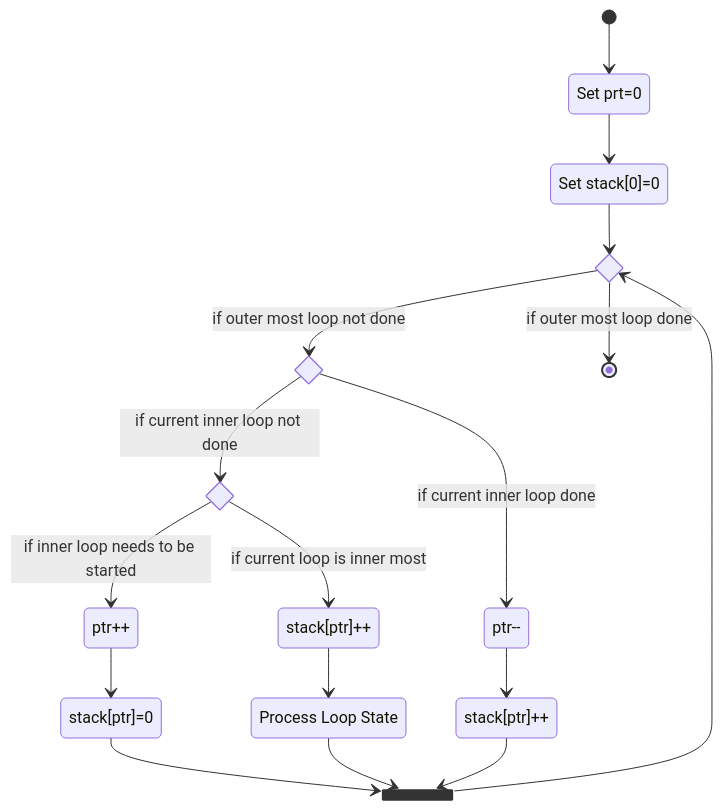
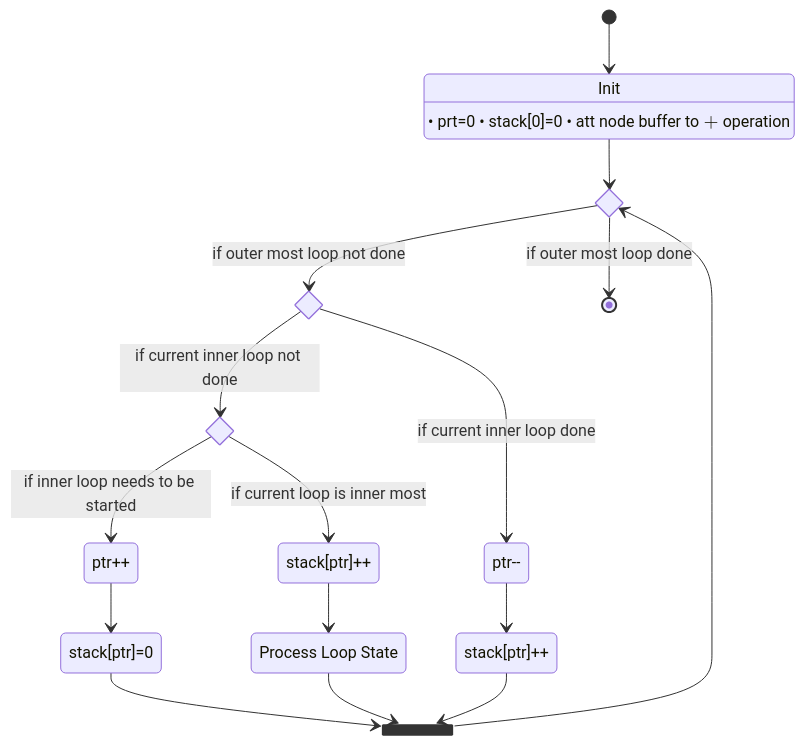
Before and after one commit to Uiowa-Applied-Topology/tanglenomicon_core_libraries: the third of 4 diagrams in source/gen-montesinos/unit-description.md, drawn with Mermaid. The commit also changed other lines of this file and 2 other files, not shown here.

````diff
--- a/source/gen-montesinos/unit-description.md
+++ b/source/gen-montesinos/unit-description.md
@@ -103,40 +105,41 @@
 ```mermaid
 stateDiagram-v2
-	state "Set prt=0" as init1
-	state "Set stack[0]=0" as init2
-	state "ptr++" as ptr_inc
-	state "ptr--" as ptr_dec
-	state "stack[ptr]++" as st_inc1
-	state "stack[ptr]++" as st_inc2
+    state "Init" as init1
+    state "• prt=0" as init1
+    state "• stack[0]=0" as init1
+    state "• att node buffer to $$+$$ operation" as init1
+    state "ptr++" as ptr_inc
+    state "ptr--" as ptr_dec
+    state "stack[ptr]++" as st_inc1
+    state "stack[ptr]++" as st_inc2
 
-	state "stack[ptr]=0" as st_zero
-	state "Process Loop State" as ds
-	state join_while <<join>>
-  state while <<choice>>
-  state for_loop_is_done <<choice>>
-  state should_move_ptr <<choice>>
+    state "stack[ptr]=0" as st_zero
+    state "Process Loop State" as ds
+    state join_while <<join>>
+    state while <<choice>>
+    state for_loop_is_done <<choice>>
+    state should_move_ptr <<choice>>
 
-	[*] --> init1
-	init1 --> init2
-	init2 --> while
-	while --> for_loop_is_done : if outer most loop not done
-	while --> [*] : if outer most loop done
+    [*] --> init1
+    init1 --> while
+    while --> for_loop_is_done : if outer most loop not done
+    while --> [*] : if outer most loop done
 
-	for_loop_is_done --> should_move_ptr : if current inner loop not done
-	for_loop_is_done --> ptr_dec : if current inner loop done
+    for_loop_is_done --> should_move_ptr : if current inner loop not done
+    for_loop_is_done --> ptr_dec : if current inner loop done
 
 
-	should_move_ptr --> ptr_inc: if inner loop needs to be started
-	should_move_ptr --> st_inc1: if current loop is inner most
+    should_move_ptr --> ptr_inc: if inner loop needs to be started
+    should_move_ptr --> st_inc1: if current loop is inner most
 
-	ptr_dec --> st_inc2
-	ptr_inc --> st_zero
-	st_zero --> join_while
-	st_inc1 --> ds
-	ds --> join_while
-	st_inc2 --> join_while
+    ptr_dec --> st_inc2
+    ptr_inc --> st_zero
+    st_zero --> join_while
+    st_inc1 --> ds
+    ds --> join_while
+    st_inc2 --> join_while
 join_while --> while
 
 
 
 ```
````
